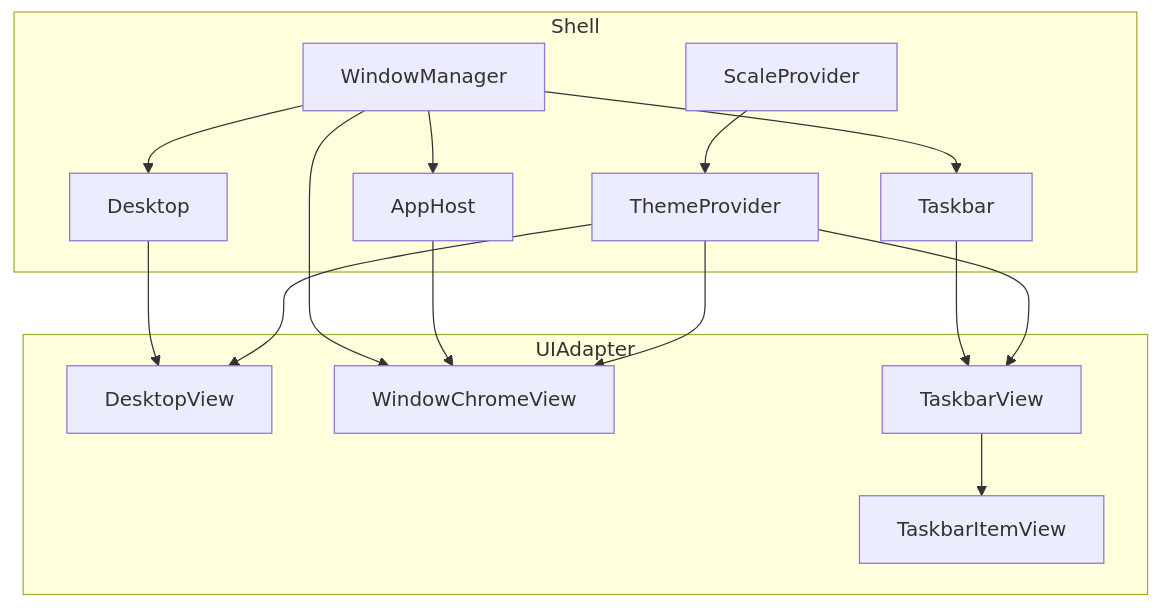
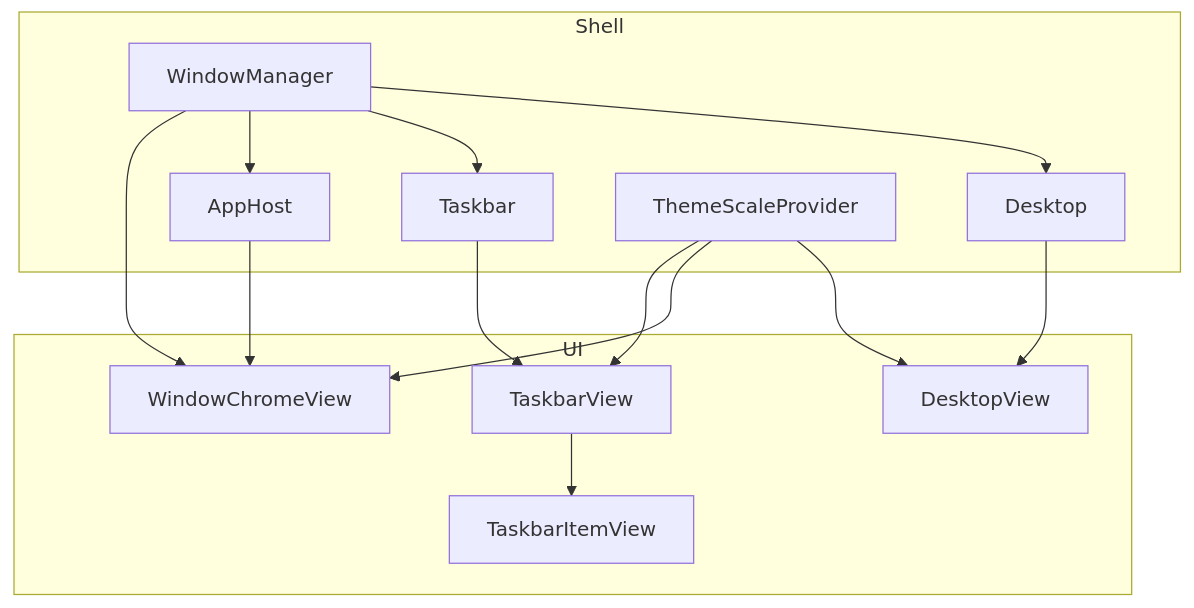
Before and after one commit to vydramain/Birdmaid: the first of 7 diagrams in docs/core/ARCH_DIAGRAMS.md, drawn with Mermaid. The commit also changed other lines of this file and 81 other files, not shown here.

````diff
--- a/docs/core/ARCH_DIAGRAMS.md
+++ b/docs/core/ARCH_DIAGRAMS.md
@@ -10,31 +10,29 @@
 ```mermaid
 flowchart TB
     subgraph Shell
         WM[WindowManager]
         Desktop[Desktop]
         Taskbar[Taskbar]
         AppHost[AppHost]
-        ThemeProvider[ThemeProvider]
-        ScaleProvider[ScaleProvider]
+        ThemeScaleProvider[ThemeScaleProvider]
     end
 
-    subgraph UIAdapter
+    subgraph UI
         DesktopView[DesktopView]
         WindowChromeView[WindowChromeView]
         TaskbarView[TaskbarView]
         TaskbarItemView[TaskbarItemView]
     end
 
     WM --> Desktop
     WM --> Taskbar
     WM --> AppHost
     WM --> WindowChromeView
     Taskbar --> TaskbarView
     TaskbarView --> TaskbarItemView
     Desktop --> DesktopView
     AppHost --> WindowChromeView
-    ThemeProvider --> DesktopView
-    ThemeProvider --> WindowChromeView
-    ThemeProvider --> TaskbarView
-    ScaleProvider --> ThemeProvider
+    ThemeScaleProvider --> DesktopView
+    ThemeScaleProvider --> WindowChromeView
+    ThemeScaleProvider --> TaskbarView
 ```
````
